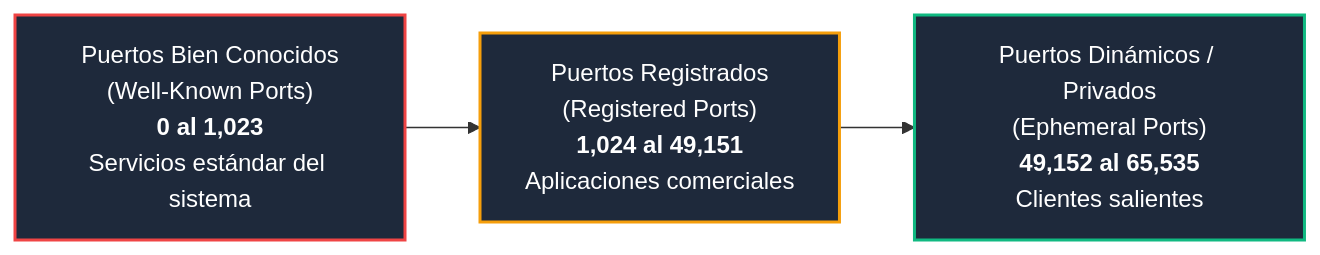
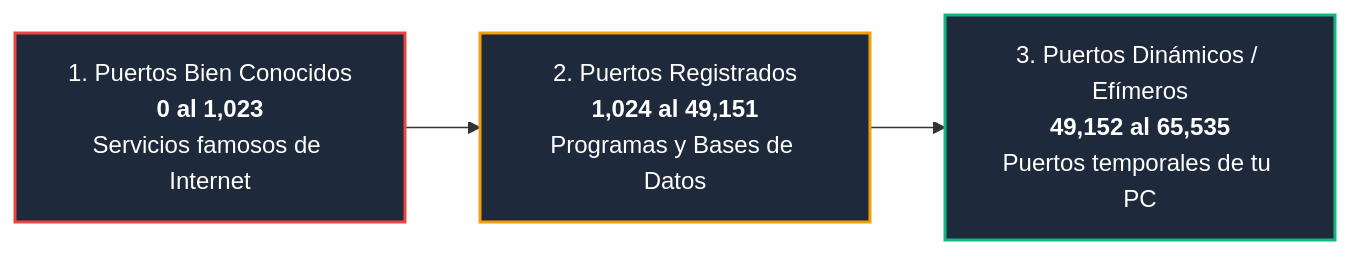
Before and after one commit to ch4rf/redes-computadoras: the third of 4 diagrams in Teoria/Modulo_1_Capa_Transporte/01_Fundamentos_Capa_Transporte.md, drawn with Mermaid. The commit also changed other lines of this file and 14 other files, not shown here.

````diff
--- a/Teoria/Modulo_1_Capa_Transporte/01_Fundamentos_Capa_Transporte.md
+++ b/Teoria/Modulo_1_Capa_Transporte/01_Fundamentos_Capa_Transporte.md
@@ -81,8 +118,8 @@
 ```mermaid
 flowchart LR
-    P1["Puertos Bien Conocidos<br/>(Well-Known Ports)<br/><b>0 al 1,023</b><br/>Servicios estándar del sistema"] --> P2["Puertos Registrados<br/>(Registered Ports)<br/><b>1,024 al 49,151</b><br/>Aplicaciones comerciales"] --> P3["Puertos Dinámicos / Privados<br/>(Ephemeral Ports)<br/><b>49,152 al 65,535</b><br/>Clientes salientes"]
-    
-    style P1 fill:#1e293b,stroke:#ef4444,stroke-width:2px,color:#fff
-    style P2 fill:#1e293b,stroke:#f59e0b,stroke-width:2px,color:#fff
-    style P3 fill:#1e293b,stroke:#10b981,stroke-width:2px,color:#fff
+    R1["1. Puertos Bien Conocidos<br/><b>0 al 1,023</b><br/>Servicios famosos de Internet"] --> R2["2. Puertos Registrados<br/><b>1,024 al 49,151</b><br/>Programas y Bases de Datos"] --> R3["3. Puertos Dinámicos / Efímeros<br/><b>49,152 al 65,535</b><br/>Puertos temporales de tu PC"]
+
+    style R1 fill:#1e293b,stroke:#ef4444,stroke-width:2px,color:#fff
+    style R2 fill:#1e293b,stroke:#f59e0b,stroke-width:2px,color:#fff
+    style R3 fill:#1e293b,stroke:#10b981,stroke-width:2px,color:#fff
 ```
````
